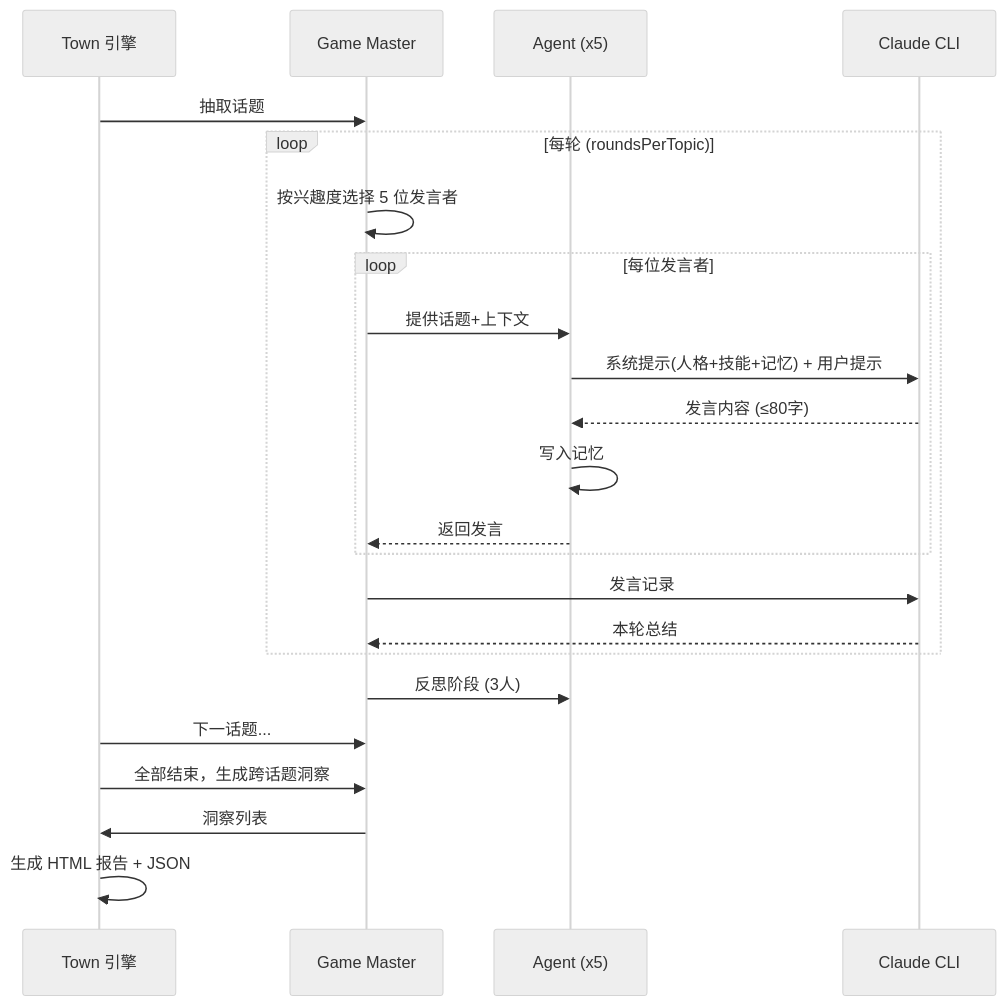
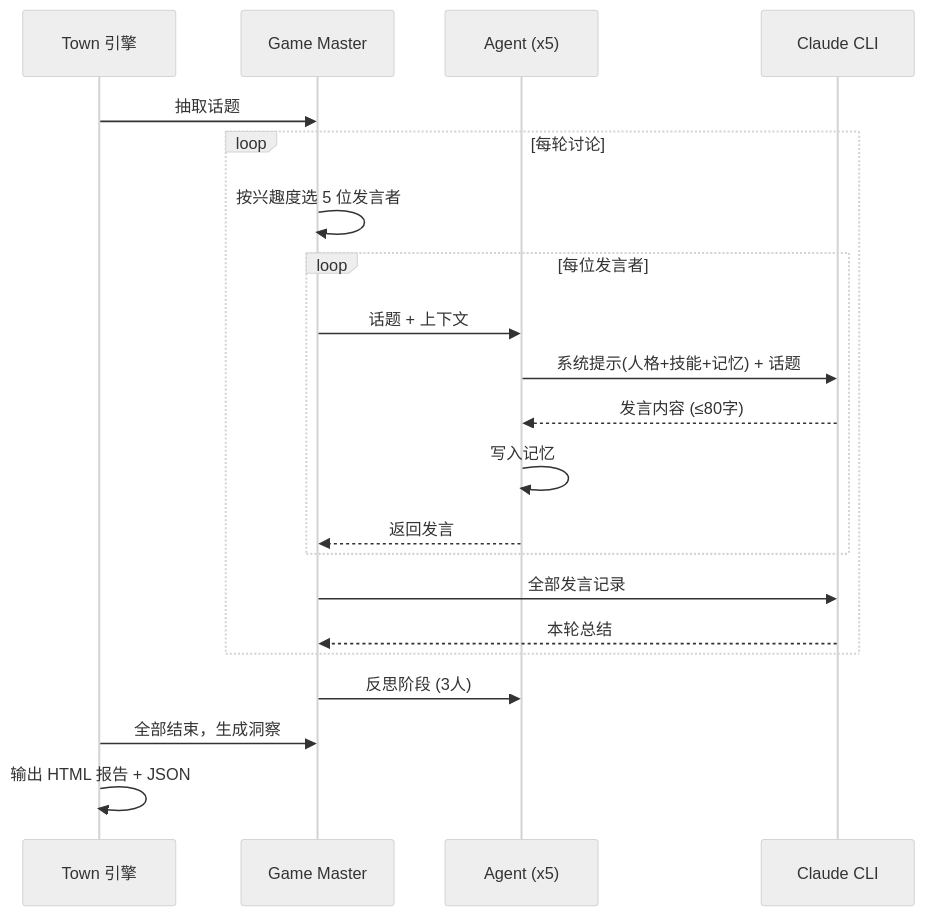
Before and after one commit to nieao/mem-mem: the third of 4 diagrams in README.md, drawn with Mermaid (neutral theme). The commit also changed other lines of this file, not shown here.

First line of the commit message:
docs: 重写 README — 通俗易懂 + 外部龙虾接入指南 + 流程图/拓扑图

````diff
--- a/README.md
+++ b/README.md
@@ -58,26 +344,24 @@
 ```mermaid
 sequenceDiagram
     participant T as Town 引擎
     participant GM as Game Master
     participant A as Agent (x5)
     participant LLM as Claude CLI
 
     T->>GM: 抽取话题
-    loop 每轮 (roundsPerTopic)
-        GM->>GM: 按兴趣度选择 5 位发言者
+    loop 每轮讨论
+        GM->>GM: 按兴趣度选 5 位发言者
         loop 每位发言者
-            GM->>A: 提供话题+上下文
-            A->>LLM: 系统提示(人格+技能+记忆) + 用户提示
+            GM->>A: 话题 + 上下文
+            A->>LLM: 系统提示(人格+技能+记忆) + 话题
             LLM-->>A: 发言内容 (≤80字)
             A->>A: 写入记忆
             A-->>GM: 返回发言
         end
-        GM->>LLM: 发言记录
+        GM->>LLM: 全部发言记录
         LLM-->>GM: 本轮总结
     end
     GM->>A: 反思阶段 (3人)
-    T->>GM: 下一话题...
-    T->>GM: 全部结束，生成跨话题洞察
-    GM->>T: 洞察列表
-    T->>T: 生成 HTML 报告 + JSON
+    T->>GM: 全部结束，生成洞察
+    T->>T: 输出 HTML 报告 + JSON
 ```
````
